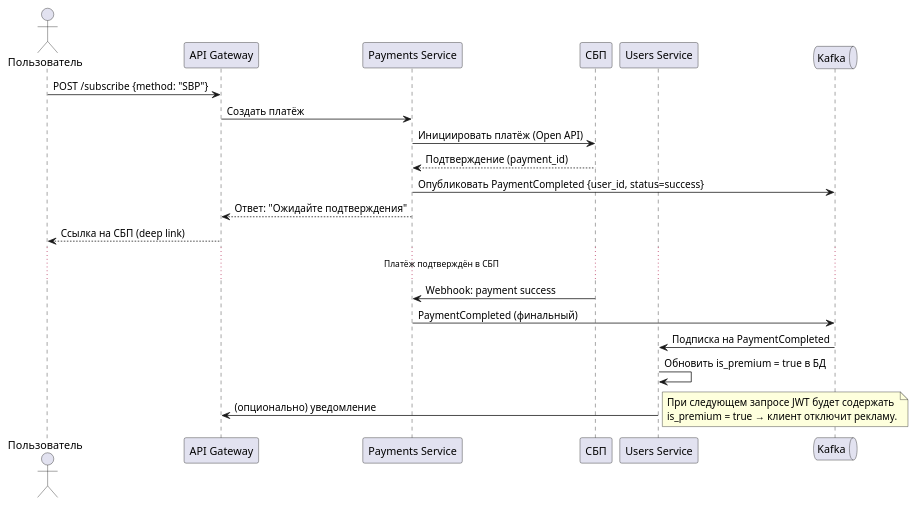
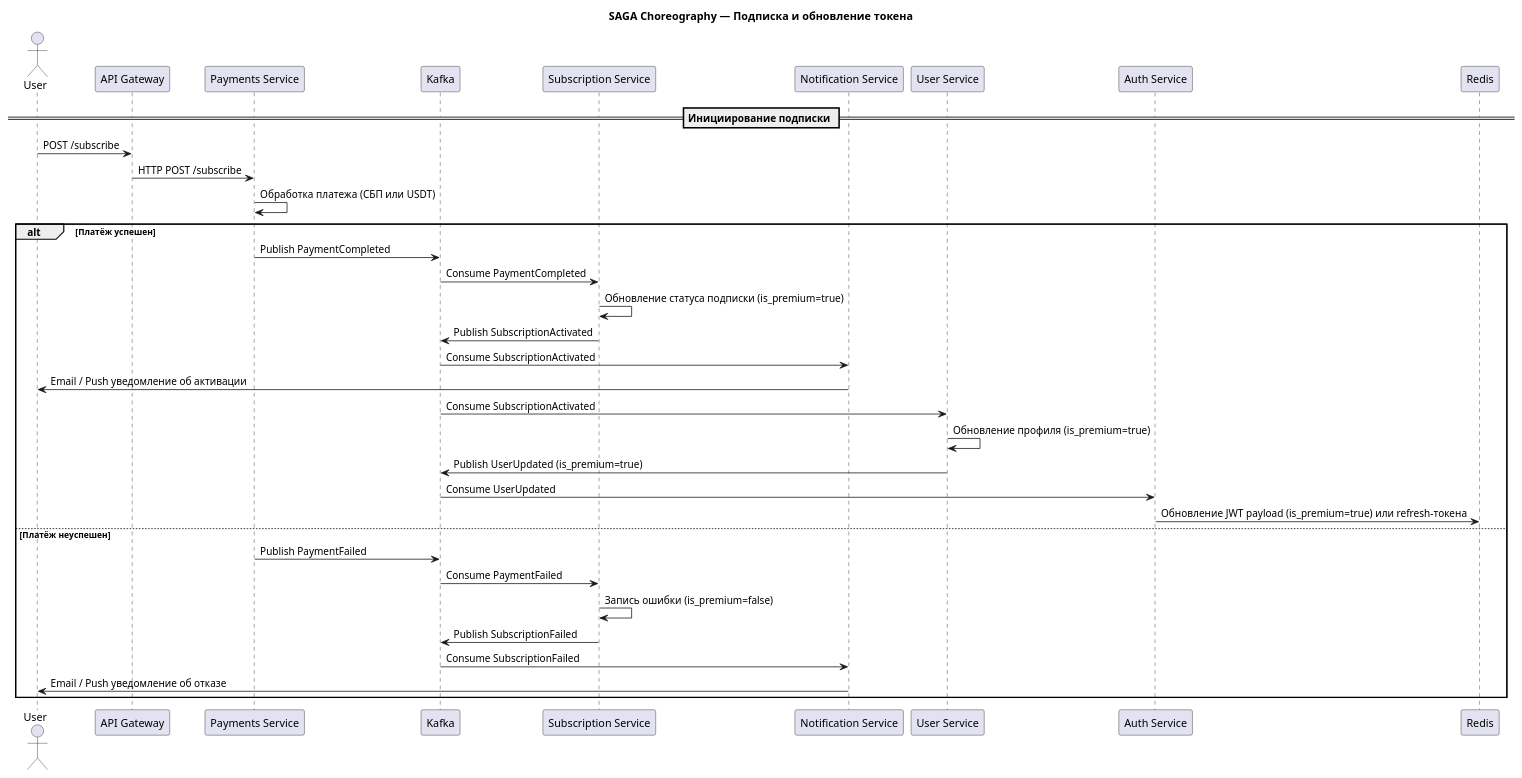
Before and after one commit to Nikson276/SystemDesign: the third of 5 diagrams in docs/06_runtime_view.md, drawn with PlantUML. The commit also changed other lines of this file and 10 other files, not shown here.

````diff
--- a/docs/06_runtime_view.md
+++ b/docs/06_runtime_view.md
@@ -124,31 +140,42 @@
 ```plantuml
 @startuml
-actor Пользователь
-participant "API Gateway" as gateway
-participant "Payments Service" as payments
-participant "СБП" as sbp
-participant "Users Service" as users
-queue "Kafka" as kafka
+title SAGA Choreography — Подписка и обновление токена
 
-Пользователь -> gateway: POST /subscribe {method: "SBP"}
-gateway -> payments: Создать платёж
-payments -> sbp: Инициировать платёж (Open API)
-sbp --> payments: Подтверждение (payment_id)
-payments -> kafka: Опубликовать PaymentCompleted {user_id, status=success}
-payments --> gateway: Ответ: "Ожидайте подтверждения"
-gateway --> Пользователь: Ссылка на СБП (deep link)
+actor User
+participant "API Gateway" as API
+participant "Payments Service" as Payments
+participant "Kafka" as Kafka
+participant "Subscription Service" as Subscr
+participant "Notification Service" as Notify
+participant "User Service" as UserSrv
+participant "Auth Service" as Auth
+participant "Redis" as Redis
 
-... Платёж подтверждён в СБП ...
+== Инициирование подписки ==
+User -> API: POST /subscribe
+API -> Payments: HTTP POST /subscribe
+Payments -> Payments: Обработка платежа (СБП или USDT)
 
-sbp -> payments: Webhook: payment success
-payments -> kafka: PaymentCompleted (финальный)
-kafka -> users: Подписка на PaymentCompleted
-users -> users: Обновить is_premium = true в БД
-users -> gateway: (опционально) уведомление
+alt Платёж успешен
+    Payments -> Kafka: Publish PaymentCompleted
+    Kafka -> Subscr: Consume PaymentCompleted
+    Subscr -> Subscr: Обновление статуса подписки (is_premium=true)
+    Subscr -> Kafka: Publish SubscriptionActivated
+    Kafka -> Notify: Consume SubscriptionActivated
+    Notify -> User: Email / Push уведомление об активации
+    Kafka -> UserSrv: Consume SubscriptionActivated
+    UserSrv -> UserSrv: Обновление профиля (is_premium=true)
+    UserSrv -> Kafka: Publish UserUpdated (is_premium=true)
+    Kafka -> Auth: Consume UserUpdated
+    Auth -> Redis: Обновление JWT payload (is_premium=true) или refresh-токена
+else Платёж неуспешен
+    Payments -> Kafka: Publish PaymentFailed
+    Kafka -> Subscr: Consume PaymentFailed
+    Subscr -> Subscr: Запись ошибки (is_premium=false)
+    Subscr -> Kafka: Publish SubscriptionFailed
+    Kafka -> Notify: Consume SubscriptionFailed
+    Notify -> User: Email / Push уведомление об отказе
+end
 
-note right
-  При следующем запросе JWT будет содержать
-  is_premium = true → клиент отключит рекламу.
-end note
 @enduml
 ```
````
